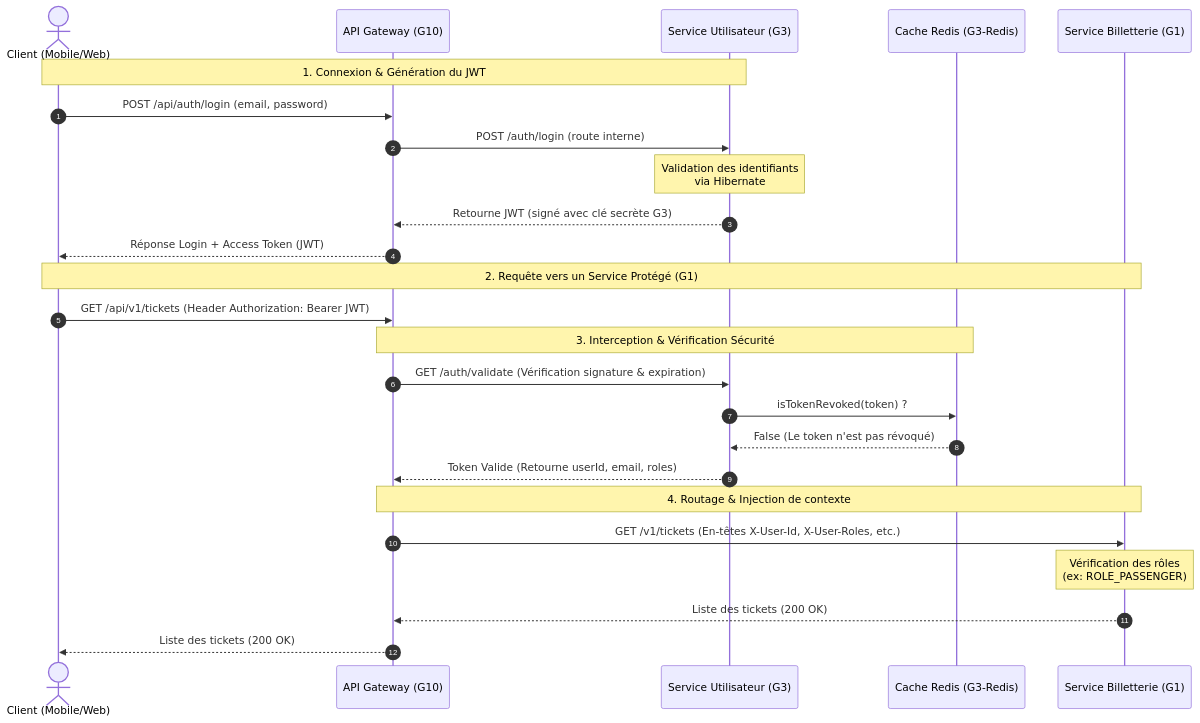
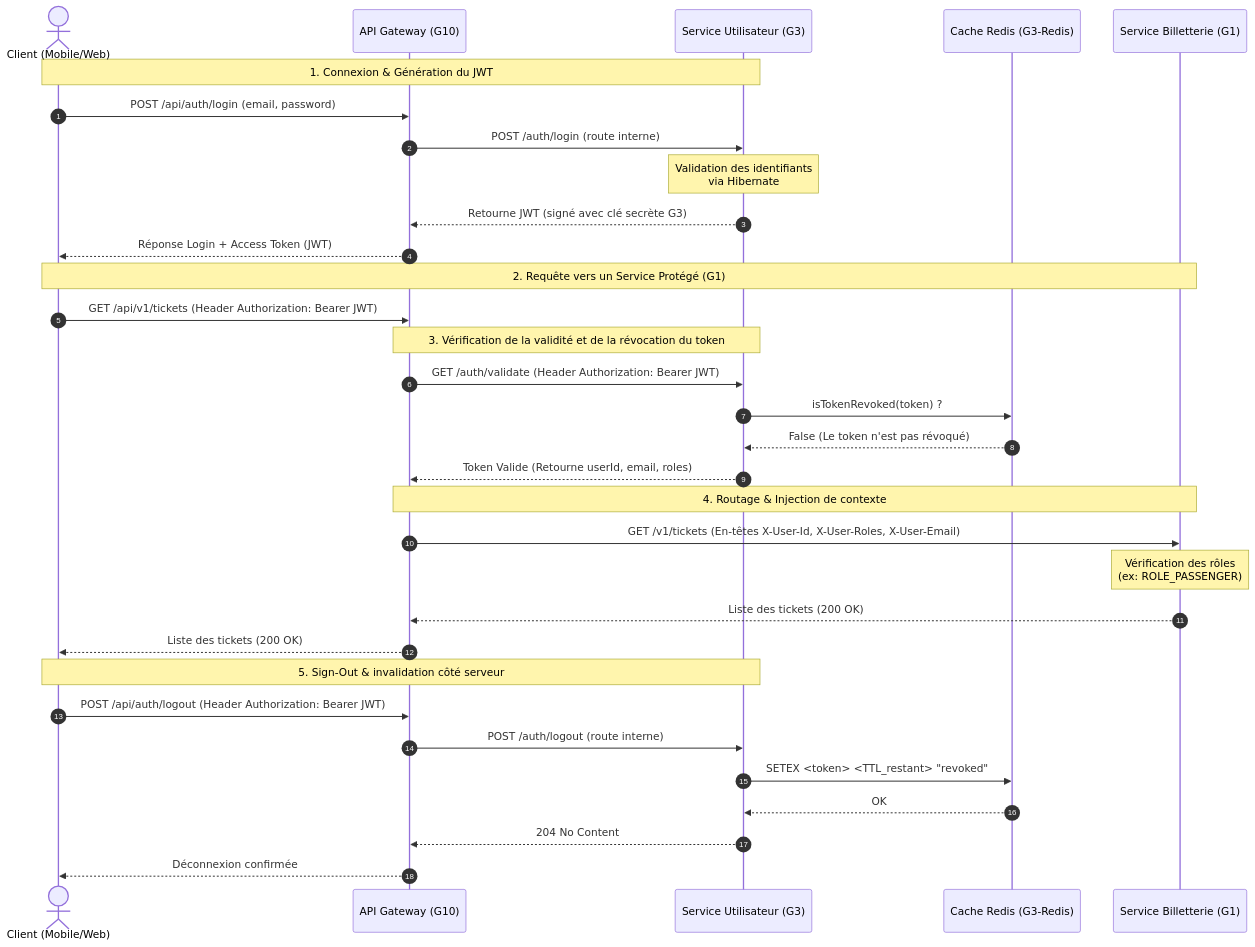
Before and after one commit to Oumhella/SGITU-Microservices-Users-management-: the second of 2 diagrams in service-utilisateur/docs/architecture-diagrams.md, drawn with Mermaid. The commit also changed other lines of this file and 4 other files, not shown here.

Commit message:
feat: implement Spring Security configuration and add comprehensive project setup and architecture documentation

````diff
--- a/service-utilisateur/docs/architecture-diagrams.md
+++ b/service-utilisateur/docs/architecture-diagrams.md
@@ -69,35 +71,44 @@
 ```mermaid
 sequenceDiagram
     autonumber
     actor Client as Client (Mobile/Web)
     participant G10 as API Gateway (G10)
     participant G3 as Service Utilisateur (G3)
     participant Redis as Cache Redis (G3-Redis)
     participant G1 as Service Billetterie (G1)
 
     %% Étape 1 : Connexion
     Note over Client, G3: 1. Connexion & Génération du JWT
     Client->>G10: POST /api/auth/login (email, password)
     G10->>G3: POST /auth/login (route interne)
     Note over G3: Validation des identifiants<br/>via Hibernate
     G3-->>G10: Retourne JWT (signé avec clé secrète G3)
     G10-->>Client: Réponse Login + Access Token (JWT)
 
     %% Étape 2 : Requête métier protégée
     Note over Client, G1: 2. Requête vers un Service Protégé (G1)
     Client->>G10: GET /api/v1/tickets (Header Authorization: Bearer JWT)
-    
+
     %% Étape 3 : Validation
-    Note over G10, Redis: 3. Interception & Vérification Sécurité
-    G10->>G3: GET /auth/validate (Vérification signature & expiration)
+    Note over G10, G3: 3. Vérification de la validité et de la révocation du token
+    G10->>G3: GET /auth/validate (Header Authorization: Bearer JWT)
     G3->>Redis: isTokenRevoked(token) ?
     Redis-->>G3: False (Le token n'est pas révoqué)
     G3-->>G10: Token Valide (Retourne userId, email, roles)
 
     %% Étape 4 : Routage
     Note over G10, G1: 4. Routage & Injection de contexte
-    G10->>G1: GET /v1/tickets (En-têtes X-User-Id, X-User-Roles, etc.)
+    G10->>G1: GET /v1/tickets (En-têtes X-User-Id, X-User-Roles, X-User-Email)
     Note over G1: Vérification des rôles<br/>(ex: ROLE_PASSENGER)
     G1-->>G10: Liste des tickets (200 OK)
     G10-->>Client: Liste des tickets (200 OK)
+
+    %% Étape 5 : Déconnexion sécurisée (Sign-Out)
+    Note over Client, G3: 5. Sign-Out & invalidation côté serveur
+    Client->>G10: POST /api/auth/logout (Header Authorization: Bearer JWT)
+    G10->>G3: POST /auth/logout (route interne)
+    G3->>Redis: SETEX <token> <TTL_restant> "revoked"
+    Redis-->>G3: OK
+    G3-->>G10: 204 No Content
+    G10-->>Client: Déconnexion confirmée
 ```
````
